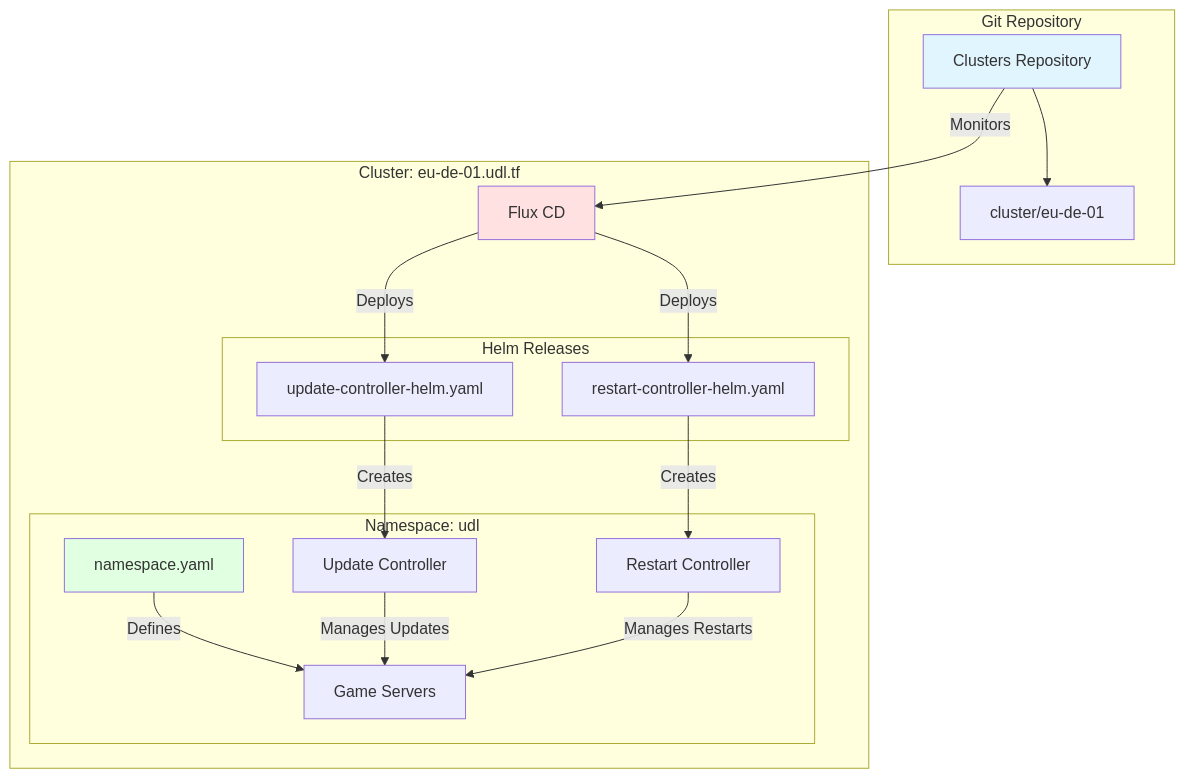
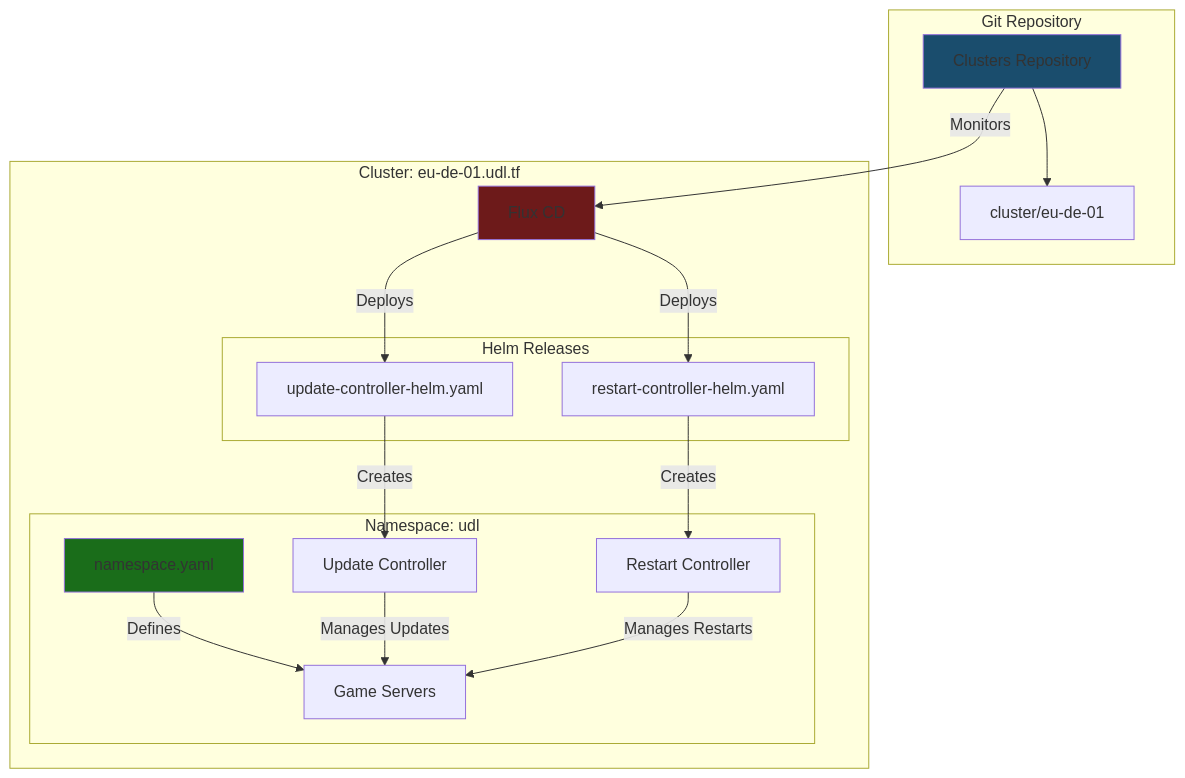
The first of 3 diagrams in README.md (Nebul8/Clusters), drawn with Mermaid before and after one commit. The commit also changed other lines of this file, not shown here.

````diff
--- a/README.md
+++ b/README.md
@@ -24,36 +24,36 @@
 ```mermaid
 graph TB
     subgraph "Git Repository"
         Repo[Clusters Repository]
         Repo --> Cluster1[cluster/eu-de-01]
     end
     
     subgraph "Cluster: eu-de-01.udl.tf"
         FluxCD[Flux CD]
         
         subgraph "Helm Releases"
             UC_Helm[update-controller-helm.yaml]
             RC_Helm[restart-controller-helm.yaml]
         end
         
         subgraph "Namespace: udl"
             NS[namespace.yaml]
             UC[Update Controller]
             RC[Restart Controller]
             Servers[Game Servers]
         end
     end
     
     Repo -->|Monitors| FluxCD
     FluxCD -->|Deploys| UC_Helm
     FluxCD -->|Deploys| RC_Helm
     UC_Helm -->|Creates| UC
     RC_Helm -->|Creates| RC
     NS -->|Defines| Servers
     UC -->|Manages Updates| Servers
     RC -->|Manages Restarts| Servers
     
-    style Repo fill:#e1f5ff
-    style FluxCD fill:#ffe1e1
-    style NS fill:#e1ffe1
+    style Repo fill:#1a4d6d
+    style FluxCD fill:#6d1a1a
+    style NS fill:#1a6d1a
 ```
````
